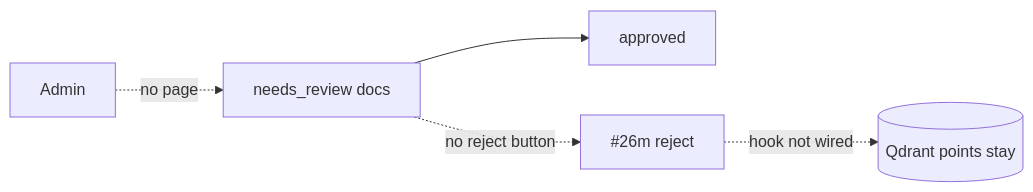
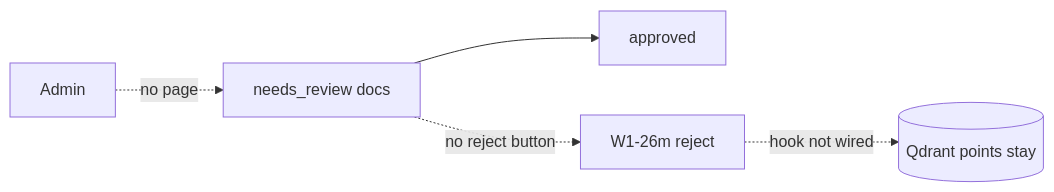
The fourth of 13 diagrams in docs/design/wave1-mvp/tickets/search-ocr.md (Stihotvor/law_by_ai), drawn with Mermaid before and after one commit. The commit also changed other lines of this file and 15 other files, not shown here.

````diff
--- a/docs/design/wave1-mvp/tickets/search-ocr.md
+++ b/docs/design/wave1-mvp/tickets/search-ocr.md
@@ -177,6 +177,6 @@
 ```mermaid
 flowchart LR
   A[Admin] -. no page .-> Q[needs_review docs] --> P[approved]
-  Q -. no reject button .-> X[#26m reject]
+  Q -. no reject button .-> X[W1-26m reject]
   X -. hook not wired .-> V[(Qdrant points stay)]
 ```
````
